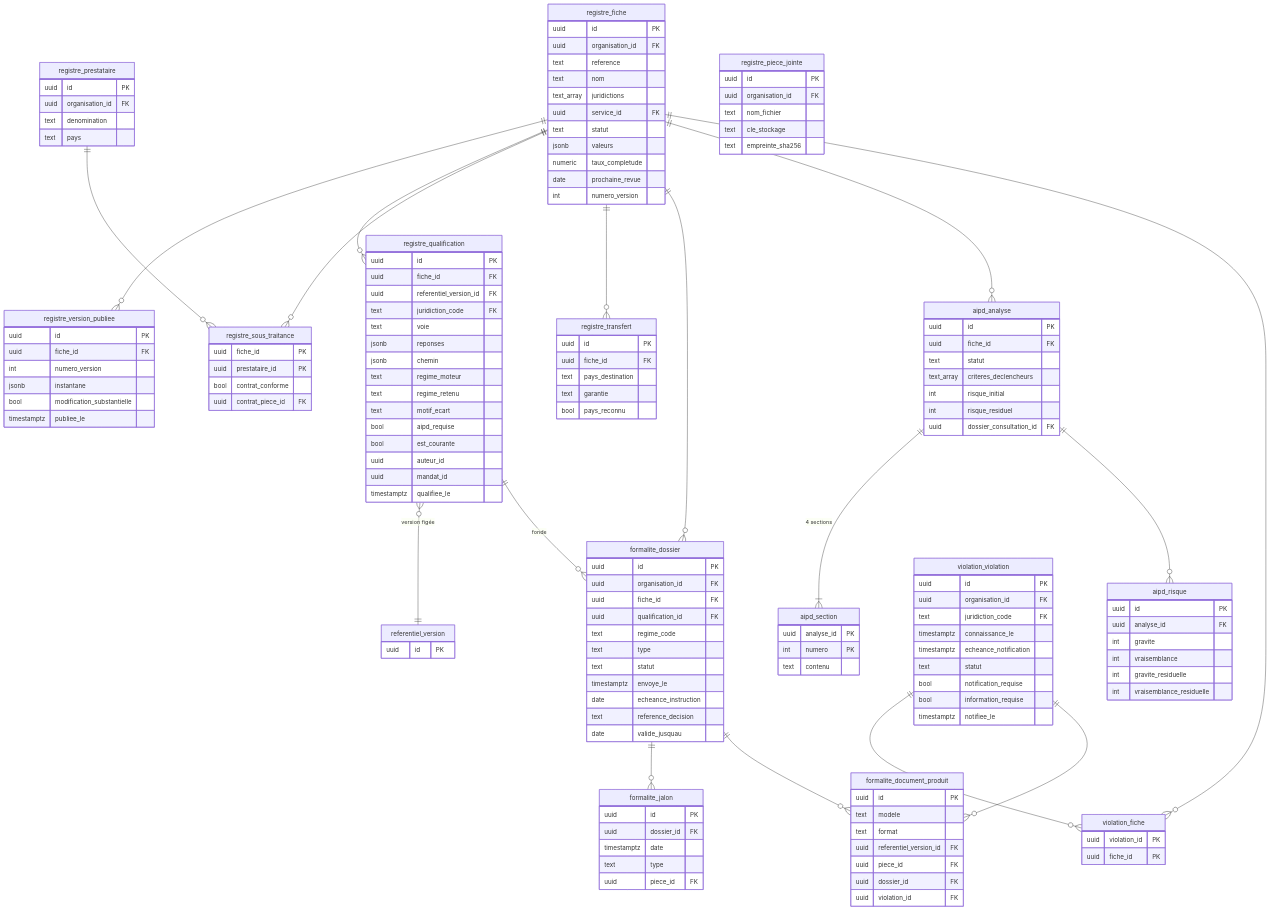
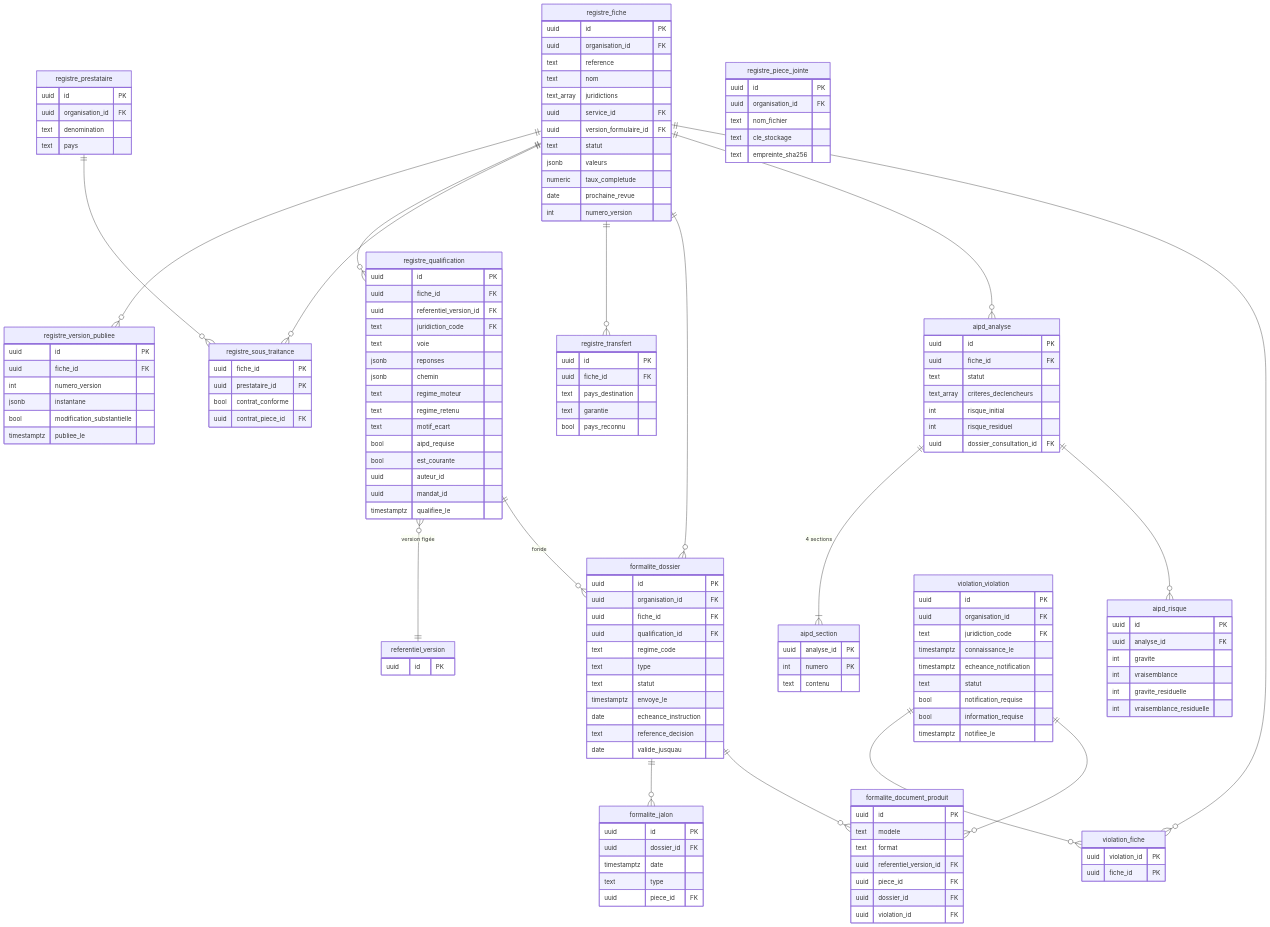
The third of 4 diagrams in _modélisation/07-modele-physique-donnees.md (DEEVEN-k/ware), drawn with Mermaid before and after one commit. The commit also changed other lines of this file and 12 other files, not shown here.

```diff
--- a/_modélisation/07-modele-physique-donnees.md
+++ b/_modélisation/07-modele-physique-donnees.md
@@ -176,6 +160,7 @@
         text nom
         text_array juridictions
         uuid service_id FK
+        uuid version_formulaire_id FK
         text statut
         jsonb valeurs
         numeric taux_completude
```
